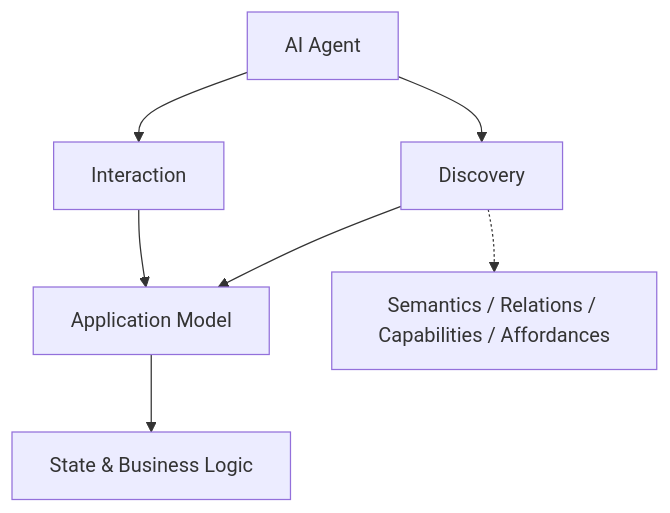
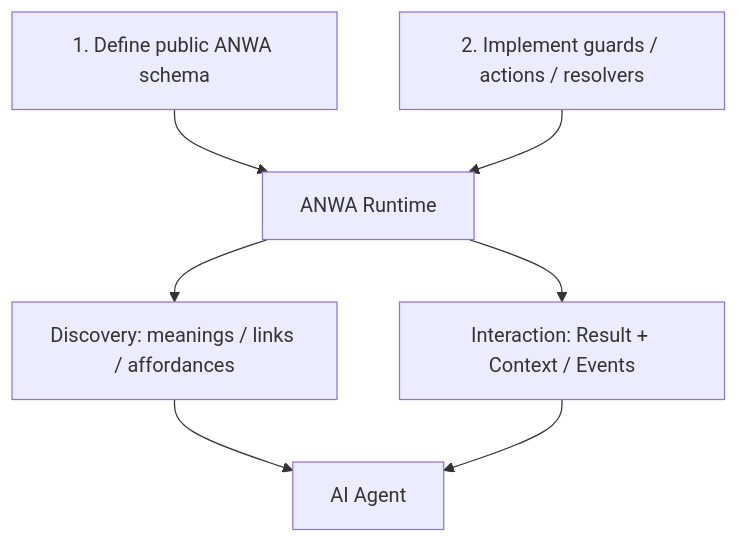
Before and after one commit to pomesaka/ANWA: the diagram in README.md, drawn with Mermaid. The commit also changed other lines of this file, not shown here.

Commit message:
docs: align README.md with schema-first ANWA direction

````diff
--- a/README.md
+++ b/README.md
@@ -28,9 +21,9 @@
 ```mermaid
 flowchart TB
-    A[AI Agent] --> D[Discovery]
-    A --> I[Interaction]
-    D --> M[Application Model]
-    I --> M
-    M --> B[State & Business Logic]
-    D -.-> S[Semantics / Relations / Capabilities / Affordances]
+    S[1. Define public ANWA schema] --> F[ANWA Runtime]
+    C[2. Implement guards / actions / resolvers] --> F
+    F --> D[Discovery: meanings / links / affordances]
+    F --> I[Interaction: Result + Context / Events]
+    D --> A[AI Agent]
+    I --> A
 ```
````
